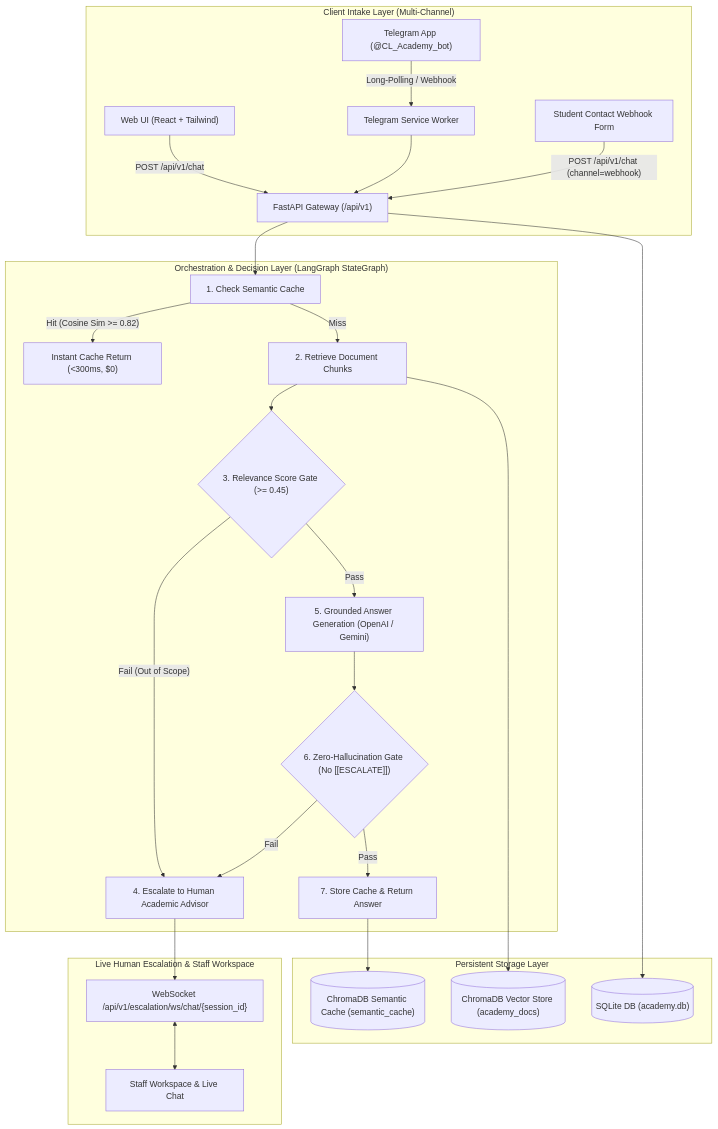
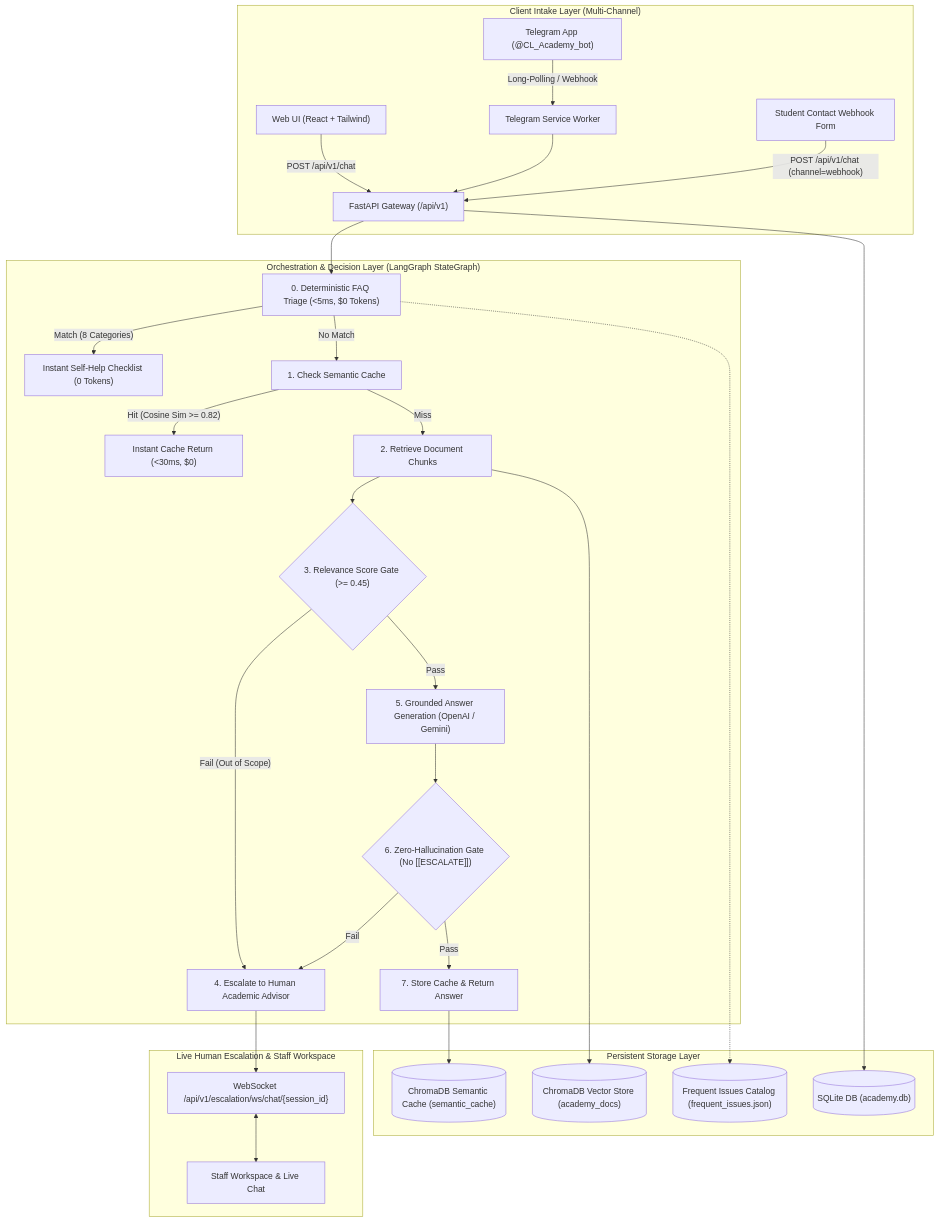
Before and after one commit to danieldev-761/prueba_desempenio_ai_daniel_e: the diagram in README.md, drawn with Mermaid. The commit also changed other lines of this file and 1 other file, not shown here.

Commit message:
docs: update readme with deterministic triage layer topology and adr-011/012 features

````diff
--- a/README.md
+++ b/README.md
@@ -16,32 +16,35 @@
 ```mermaid
 graph TD
     subgraph "Client Intake Layer (Multi-Channel)"
         WebClient["Web UI (React + Tailwind)"] -->|"POST /api/v1/chat"| FastAPIGateway
         TelegramClient["Telegram App (@CL_Academy_bot)"] -->|"Long-Polling / Webhook"| TelegramWorker["Telegram Service Worker"]
         TelegramWorker --> FastAPIGateway["FastAPI Gateway (/api/v1)"]
         WebhookClient["Student Contact Webhook Form"] -->|"POST /api/v1/chat (channel=webhook)"| FastAPIGateway
     end
 
     subgraph "Orchestration & Decision Layer (LangGraph StateGraph)"
-        FastAPIGateway --> CheckCache["1. Check Semantic Cache"]
-        CheckCache -->|"Hit (Cosine Sim >= 0.82)"| ReturnCache["Instant Cache Return (<300ms, $0)"]
+        FastAPIGateway --> Triage["0. Deterministic FAQ Triage (<5ms, $0 Tokens)"]
+        Triage -->|"Match (8 Categories)"| ReturnTriage["Instant Self-Help Checklist (0 Tokens)"]
+        Triage -->|"No Match"| CheckCache["1. Check Semantic Cache"]
+        CheckCache -->|"Hit (Cosine Sim >= 0.82)"| ReturnCache["Instant Cache Return (<30ms, $0)"]
         CheckCache -->|"Miss"| Retrieve["2. Retrieve Document Chunks"]
         Retrieve --> RelevanceGate{"3. Relevance Score Gate (>= 0.45)"}
         RelevanceGate -->|"Fail (Out of Scope)"| Escalate["4. Escalate to Human Academic Advisor"]
         RelevanceGate -->|"Pass"| Generate["5. Grounded Answer Generation (OpenAI / Gemini)"]
         Generate --> GroundingGate{"6. Zero-Hallucination Gate (No [[ESCALATE]])"}
         GroundingGate -->|"Fail"| Escalate
         GroundingGate -->|"Pass"| Finalize["7. Store Cache & Return Answer"]
     end
 
     subgraph "Live Human Escalation & Staff Workspace"
         Escalate --> LiveChatWS["WebSocket /api/v1/escalation/ws/chat/{session_id}"]
         LiveChatWS <--> AdminPortal["Staff Workspace & Live Chat"]
     end
 
     subgraph "Persistent Storage Layer"
+        Triage -.-> FAQJson[("Frequent Issues Catalog (frequent_issues.json)")]
         Retrieve --> ChromaDB[("ChromaDB Vector Store (academy_docs)")]
         Finalize --> ChromaCache[("ChromaDB Semantic Cache (semantic_cache)")]
         FastAPIGateway --> SQLite[("SQLite DB (academy.db)")]
     end
 ```
````
